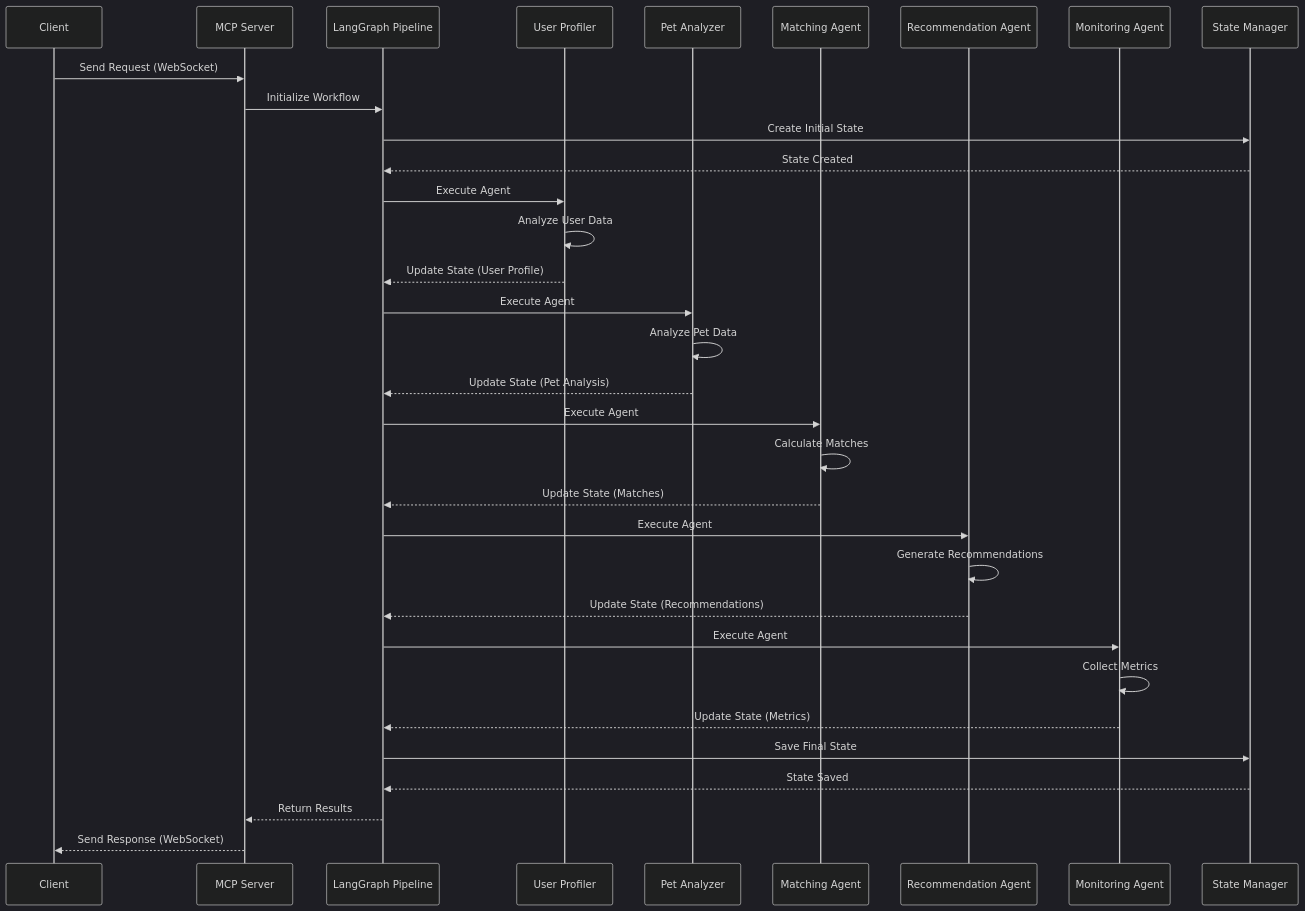
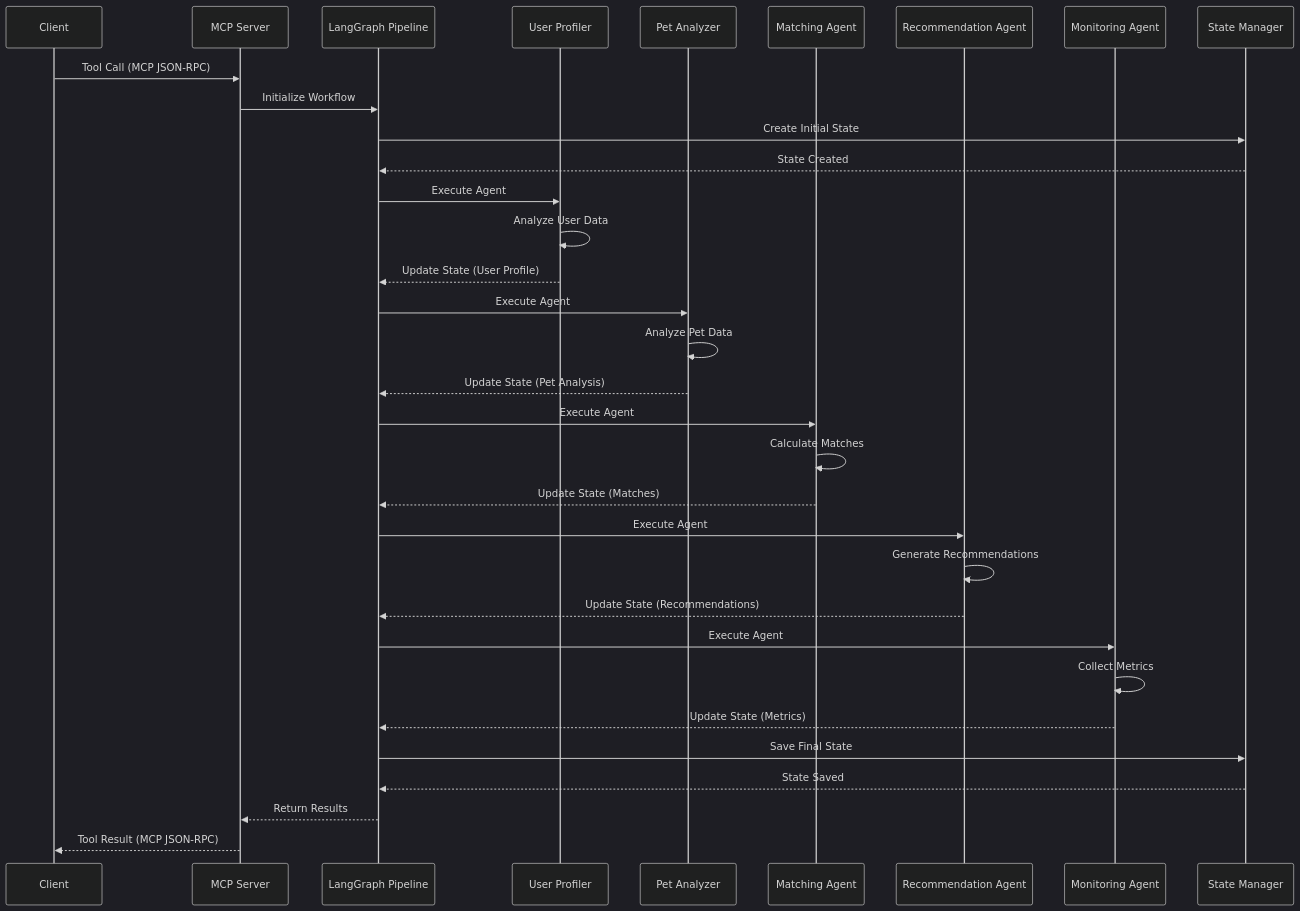
The fourth of 8 diagrams in agentic_ai/README.md (hoangsonww/PetSwipe-Match-App), drawn with Mermaid (dark theme) before and after one commit. The commit also changed other lines of this file and 47 other files, not shown here.

Commit message:
feat(mcp): introduce standalone MCP server and client with configuration and tools

````diff
--- a/agentic_ai/README.md
+++ b/agentic_ai/README.md
@@ -283,44 +284,44 @@
 ```mermaid
 sequenceDiagram
     participant Client
     participant MCP as MCP Server
     participant Pipeline as LangGraph Pipeline
     participant Profiler as User Profiler
     participant Analyzer as Pet Analyzer
     participant Matcher as Matching Agent
     participant Recommender as Recommendation Agent
     participant Monitor as Monitoring Agent
     participant State as State Manager
 
-    Client->>MCP: Send Request (WebSocket)
+    Client->>MCP: Tool Call (MCP JSON-RPC)
     MCP->>Pipeline: Initialize Workflow
 
     Pipeline->>State: Create Initial State
     State-->>Pipeline: State Created
 
     Pipeline->>Profiler: Execute Agent
     Profiler->>Profiler: Analyze User Data
     Profiler-->>Pipeline: Update State (User Profile)
 
     Pipeline->>Analyzer: Execute Agent
     Analyzer->>Analyzer: Analyze Pet Data
     Analyzer-->>Pipeline: Update State (Pet Analysis)
 
     Pipeline->>Matcher: Execute Agent
     Matcher->>Matcher: Calculate Matches
     Matcher-->>Pipeline: Update State (Matches)
 
     Pipeline->>Recommender: Execute Agent
     Recommender->>Recommender: Generate Recommendations
     Recommender-->>Pipeline: Update State (Recommendations)
 
     Pipeline->>Monitor: Execute Agent
     Monitor->>Monitor: Collect Metrics
     Monitor-->>Pipeline: Update State (Metrics)
 
     Pipeline->>State: Save Final State
     State-->>Pipeline: State Saved
 
     Pipeline-->>MCP: Return Results
-    MCP-->>Client: Send Response (WebSocket)
+    MCP-->>Client: Tool Result (MCP JSON-RPC)
 ```
````
